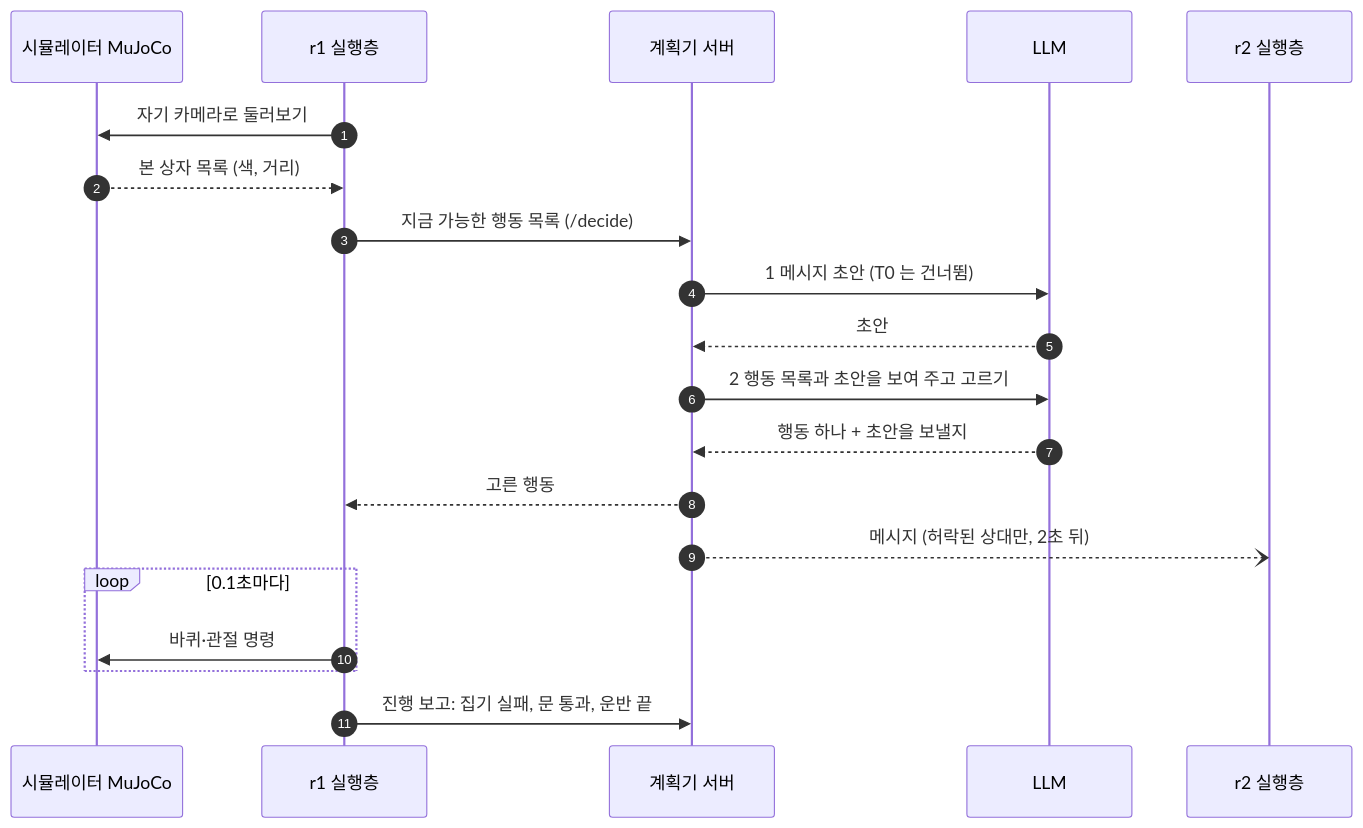
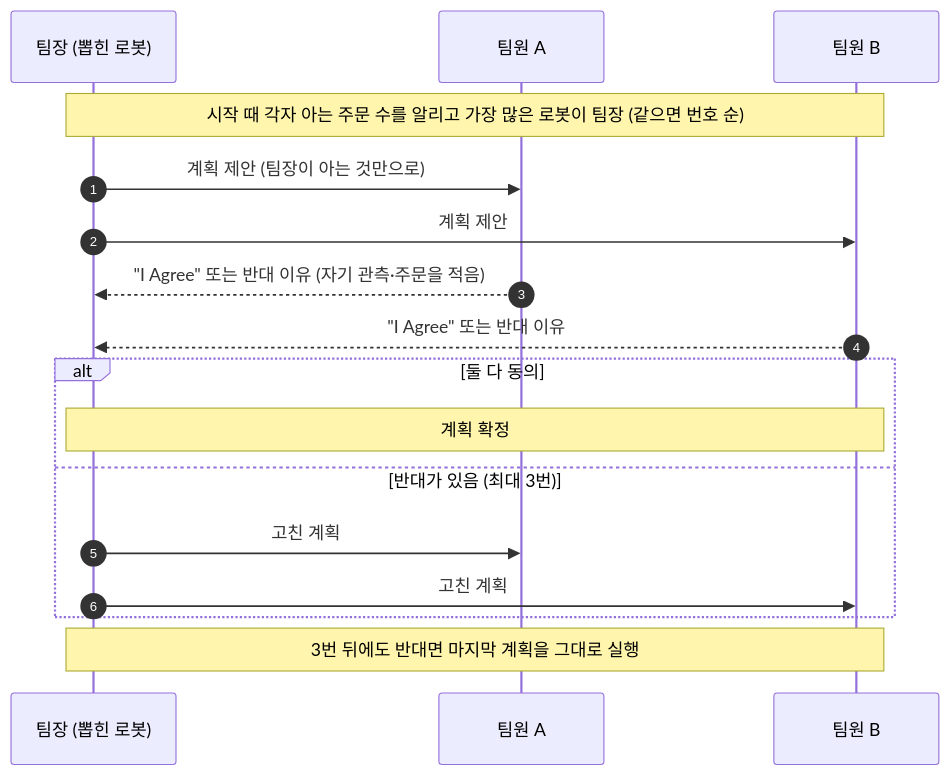
Before and after one commit to cmkang131/UGRP-Multi-Robot-Collaboration-Project: the first of 5 diagrams in docs/architecture.md, drawn with Mermaid. The commit also changed other lines of this file and 4 other files, not shown here.

````diff
--- a/docs/architecture.md
+++ b/docs/architecture.md
@@ -68,22 +55,19 @@
 ```mermaid
 sequenceDiagram
     autonumber
-    participant S as 시뮬레이터 MuJoCo
-    participant X as r1 실행층
-    participant P as 계획기 서버
-    participant L as LLM
-    participant Y as r2 실행층
-    X->>S: 자기 카메라로 둘러보기
-    S-->>X: 본 상자 목록 (색, 거리)
-    X->>P: 지금 가능한 행동 목록 (/decide)
-    P->>L: 1 메시지 초안 (T0 는 건너뜀)
-    L-->>P: 초안
-    P->>L: 2 행동 목록과 초안을 보여 주고 고르기
-    L-->>P: 행동 하나 + 초안을 보낼지
-    P-->>X: 고른 행동
-    P--)Y: 메시지 (허락된 상대만, 2초 뒤)
-    loop 0.1초마다
-        X->>S: 바퀴·관절 명령
+    participant L as 팀장 (뽑힌 로봇)
+    participant A as 팀원 A
+    participant B as 팀원 B
+    Note over L,B: 시작 때 각자 아는 주문 수를 알리고 가장 많은 로봇이 팀장 (같으면 번호 순)
+    L->>A: 계획 제안 (팀장이 아는 것만으로)
+    L->>B: 계획 제안
+    A-->>L: "I Agree" 또는 반대 이유 (자기 관측·주문을 적음)
+    B-->>L: "I Agree" 또는 반대 이유
+    alt 둘 다 동의
+        Note over L,B: 계획 확정
+    else 반대가 있음 (최대 3번)
+        L->>A: 고친 계획
+        L->>B: 고친 계획
     end
-    X->>P: 진행 보고: 집기 실패, 문 통과, 운반 끝
+    Note over L,B: 3번 뒤에도 반대면 마지막 계획을 그대로 실행
 ```
````
